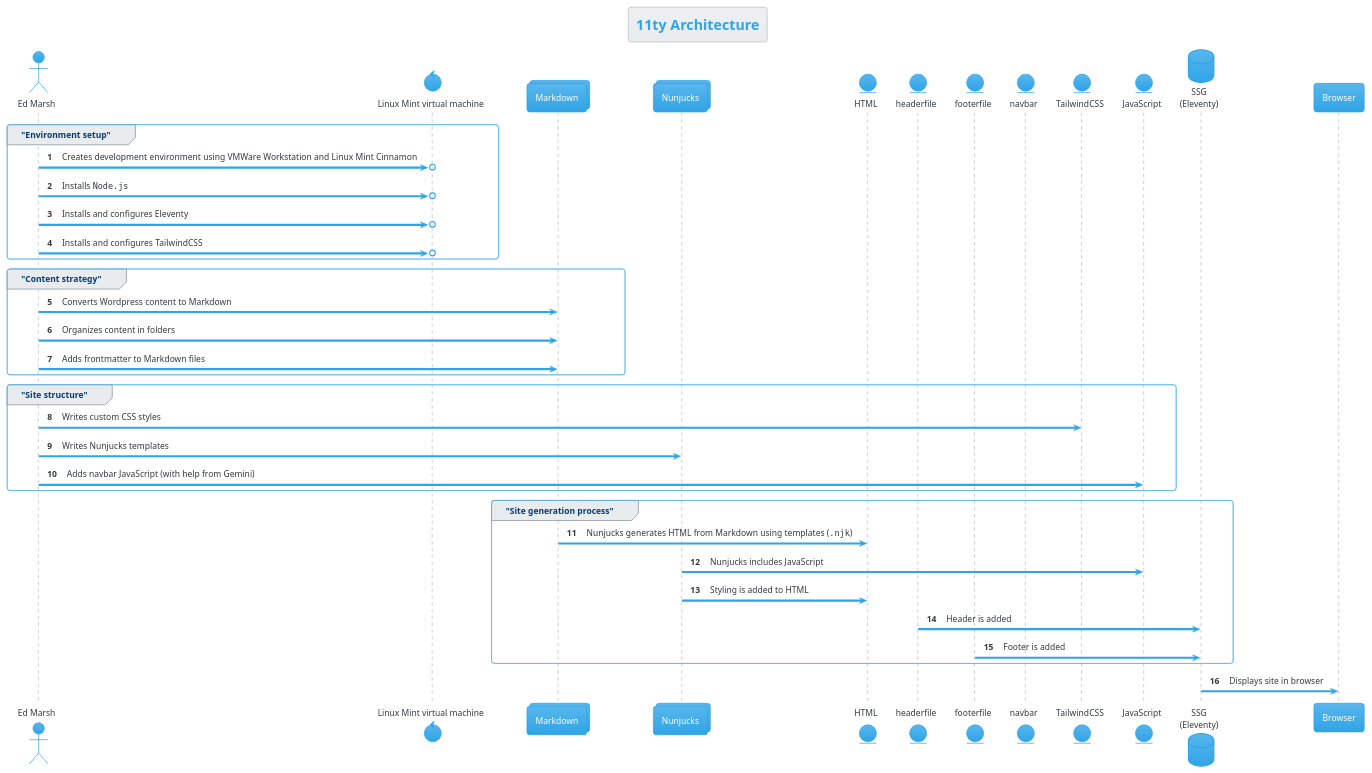
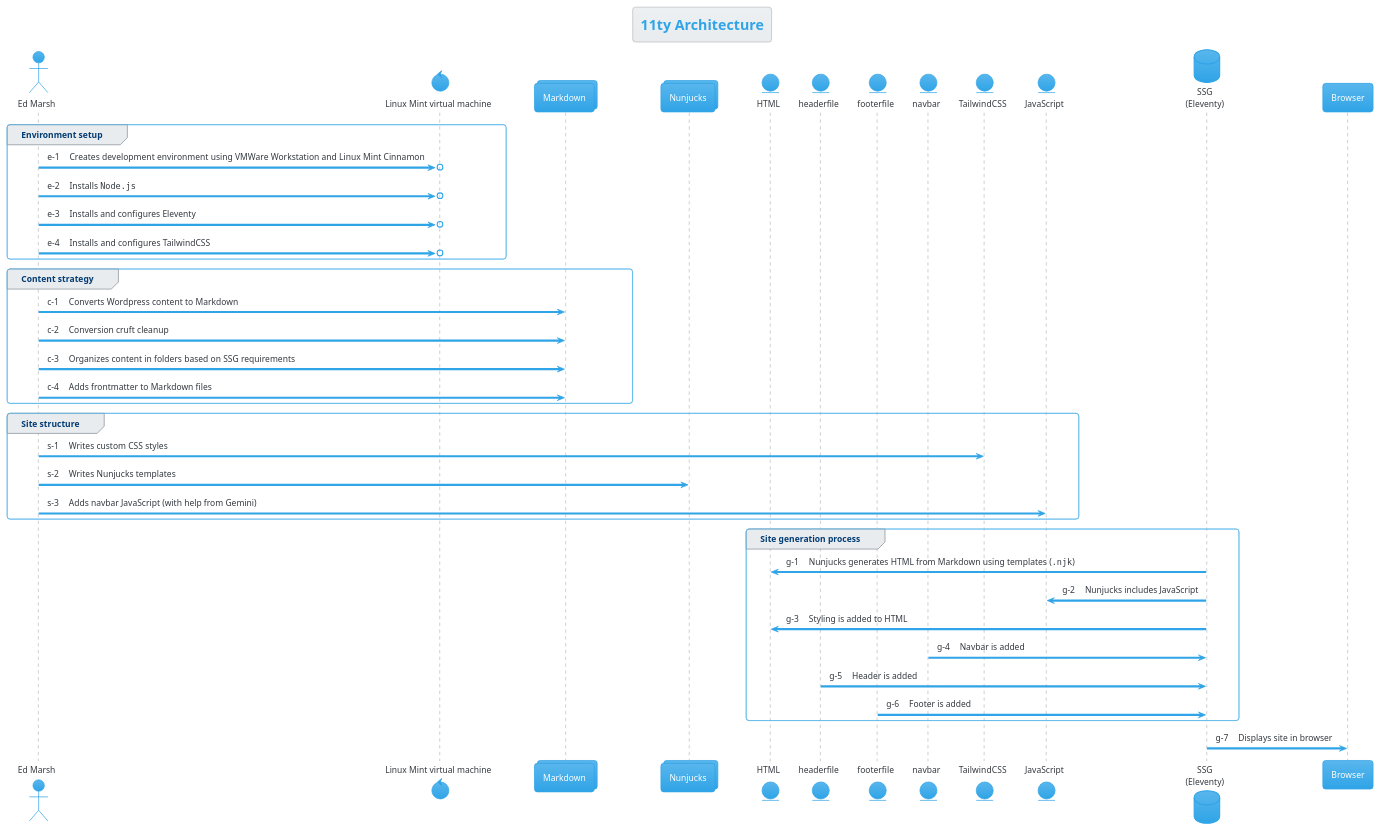
The diagram in content/move-to-static-site/11ty-architecture.puml (emdashdrupal/11ty-working), drawn with PlantUML before and after one commit. The commit also changed 5 other files, not shown here.

Commit message:
fun with sequence diagrams

```diff
--- a/content/move-to-static-site/11ty-architecture.puml
+++ b/content/move-to-static-site/11ty-architecture.puml
@@ -1,45 +1,51 @@
 @startuml
 title "11ty Architecture"
 !theme cerulean
-autonumber
+
 actor "Ed Marsh" as ed
 control "Linux Mint virtual machine" as vm
 collections Markdown as md
 collections Nunjucks as nj
 entity HTML as html
 entity headerfile as hf
 entity footerfile as ff
 entity navbar as nb
 entity TailwindCSS as css
 entity JavaScript as js
 database "SSG\n(Eleventy)" as ssg
 participant "Browser" as br
 
-group "Environment setup"
+group Environment setup
+autonumber "e-0"
 ed ->o vm: Creates development environment using VMWare Workstation and Linux Mint Cinnamon
 ed ->o vm: Installs ""Node.js""
 ed ->o  vm : Installs and configures Eleventy
 ed ->o vm : Installs and configures TailwindCSS
 end
-group "Content strategy"
+group Content strategy
+autonumber "c-0"
 ed -> md : Converts Wordpress content to Markdown
-ed -> md: Organizes content in folders
+ed -> md : Conversion cruft cleanup
+ed -> md: Organizes content in folders based on SSG requirements
 ed -> md: Adds frontmatter to Markdown files
 end
 
-group "Site structure"
+group Site structure
+autonumber "s-0"
 ed -> css : Writes custom CSS styles
 ed-> nj : Writes Nunjucks templates
 ed -> js : Adds navbar JavaScript (with help from Gemini)
 end
 
-group "Site generation process"
-md -> html : Nunjucks generates HTML from Markdown using templates ("".njk"")
-nj -> js:  Nunjucks includes JavaScript
-nj -> html : Styling is added to HTML
+group Site generation process
+autonumber "g-0"
+ssg -> html : Nunjucks generates HTML from Markdown using templates ("".njk"")
+ssg -> js:  Nunjucks includes JavaScript
+ssg -> html : Styling is added to HTML
+nb -> ssg: Navbar is added
 hf -> ssg: Header is added
 ff -> ssg: Footer is added
 end
 ssg -> br : Displays site in browser
 
 @enduml
```
